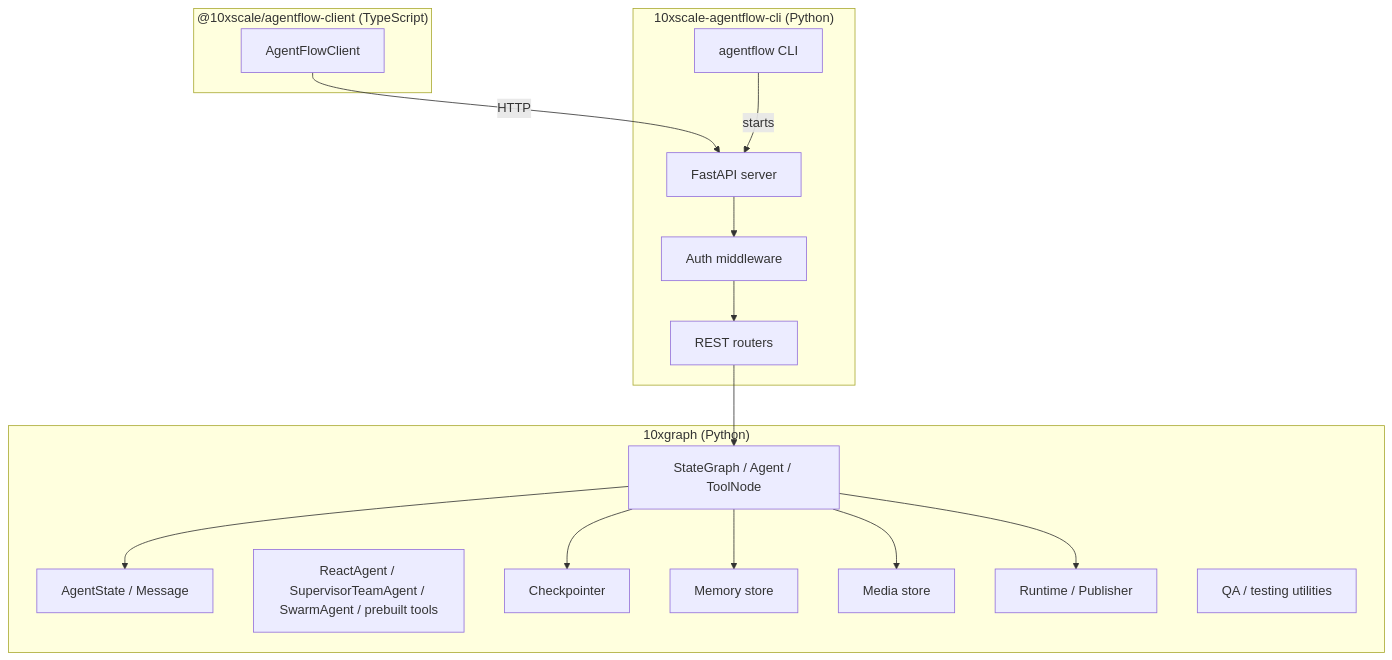
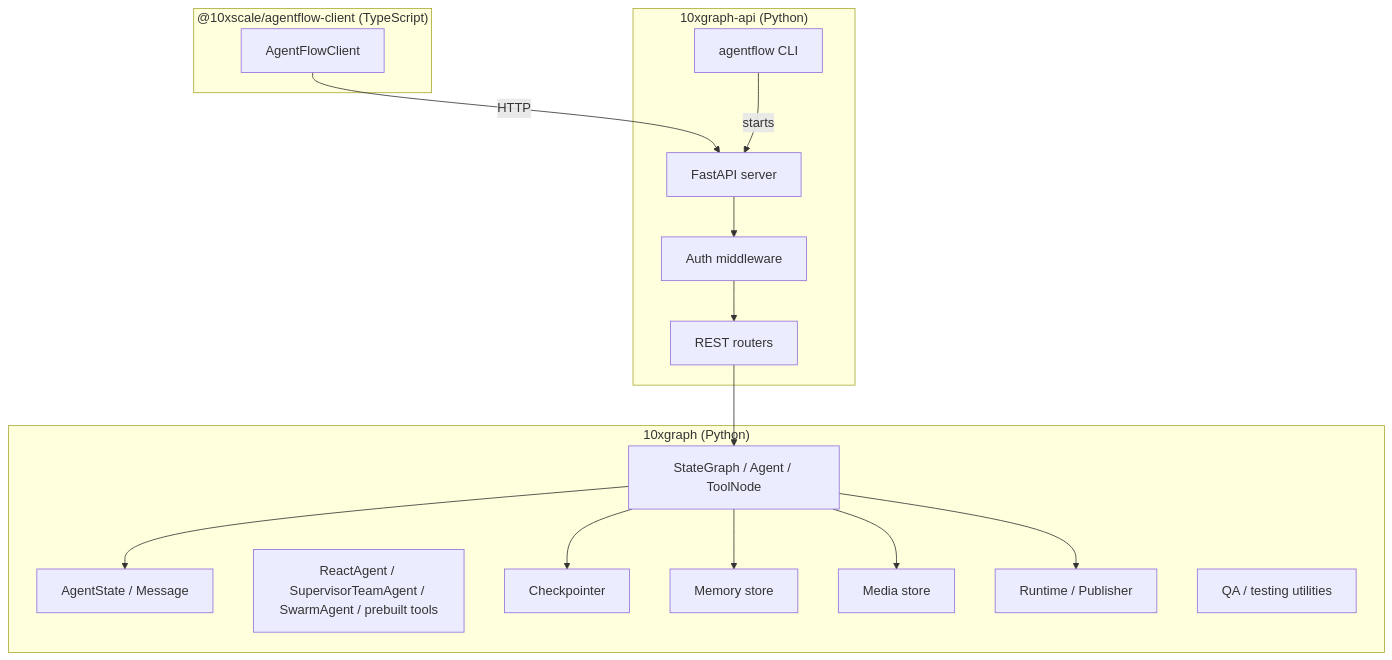
One commit to 10xHub/agentflow-docs changed the first of 2 diagrams in src/content/docs/concepts/architecture.md. Above: the diagram before and after it, drawn with Mermaid. The commit also changed other lines of this file and 72 other files, not shown here.

First line of the commit message:
Refactor documentation and code references from agentflow to 10xgraph

````diff
--- a/src/content/docs/concepts/architecture.md
+++ b/src/content/docs/concepts/architecture.md
@@ -16,35 +16,35 @@
 ```mermaid
 flowchart TB
   subgraph Client["@10xscale/agentflow-client (TypeScript)"]
     TS[AgentFlowClient]
   end
 
-  subgraph Server["10xscale-agentflow-cli (Python)"]
+  subgraph Server["10xgraph-api (Python)"]
     CLI[agentflow CLI]
     API[FastAPI server]
     Auth[Auth middleware]
     Routers[REST routers]
   end
 
   subgraph Core["10xgraph (Python)"]
     Graph[StateGraph / Agent / ToolNode]
     State[AgentState / Message]
     Prebuilt[ReactAgent / SupervisorTeamAgent / SwarmAgent / prebuilt tools]
     Checkpointer[Checkpointer]
     Store[Memory store]
     Media[Media store]
     Runtime[Runtime / Publisher]
     QA[QA / testing utilities]
   end
 
   TS -->|HTTP| API
   CLI -->|starts| API
   API --> Auth
   Auth --> Routers
   Routers --> Graph
   Graph --> State
   Graph --> Checkpointer
   Graph --> Store
   Graph --> Media
   Graph --> Runtime
 ```
````
